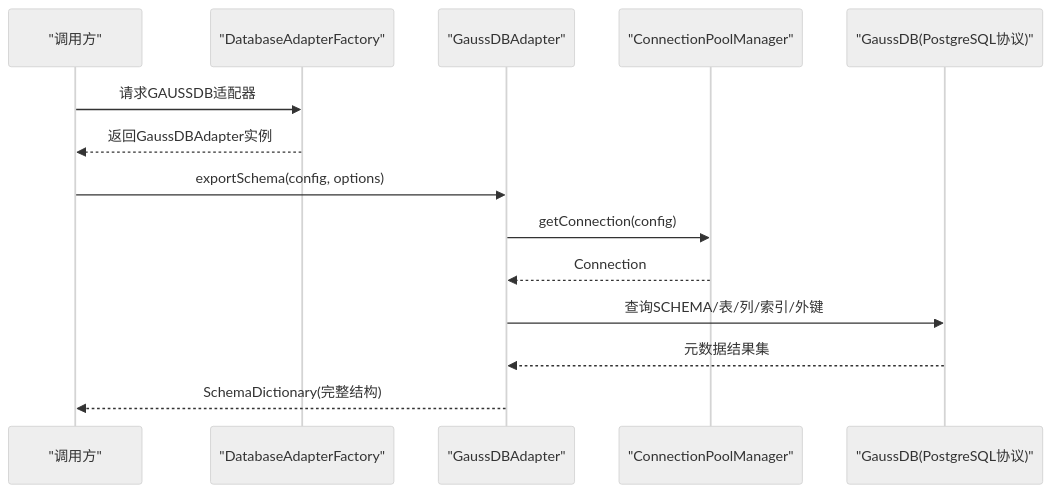
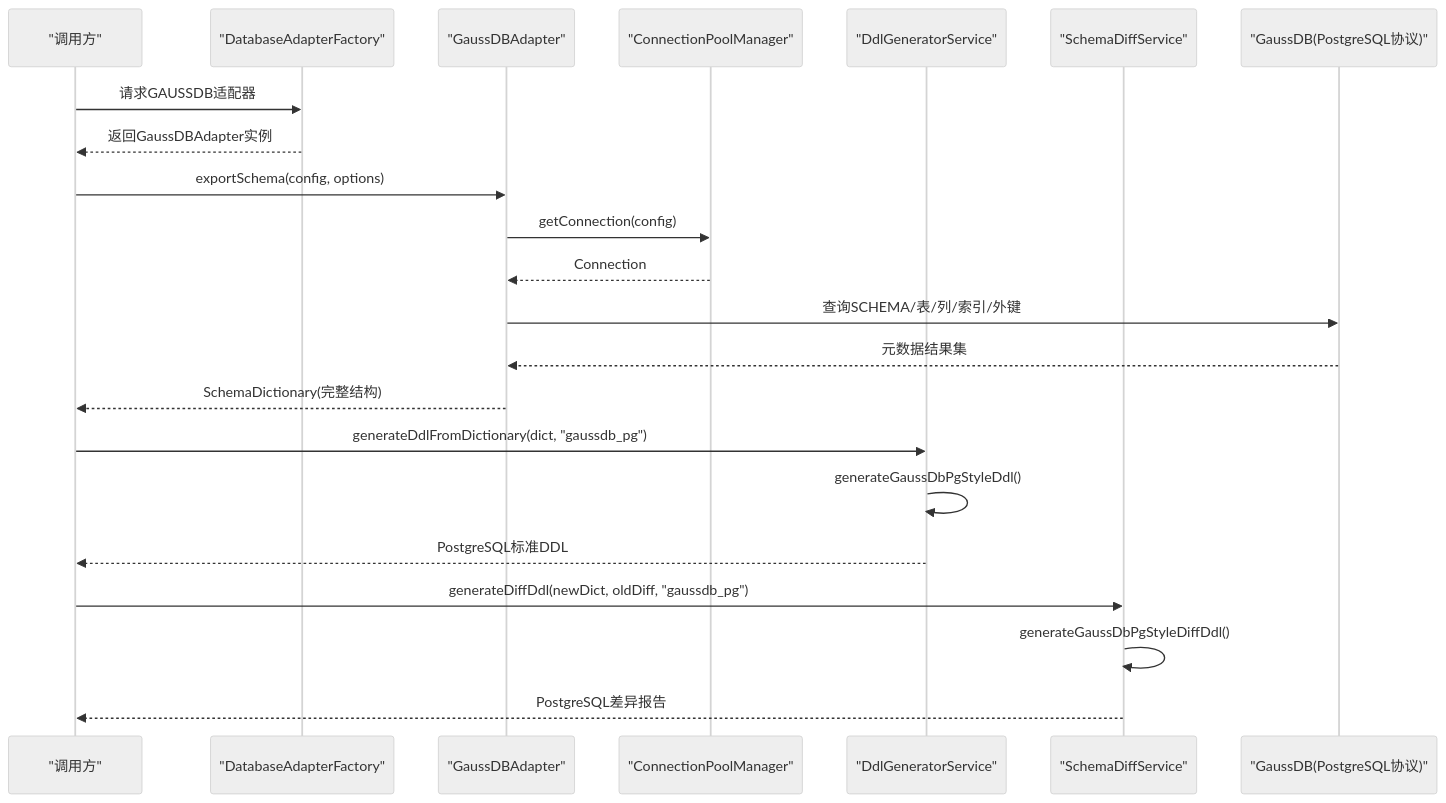
The second of 10 diagrams in .qoder/repowiki/zh/content/数据库适配器/数据库适配器实现/GaussDB适配器实现.md (SamLing-Why/SchemaSync), drawn with Mermaid (neutral theme) before and after one commit. The commit also changed other lines of this file and 32 other files, not shown here.

````diff
--- a/.qoder/repowiki/zh/content/数据库适配器/数据库适配器实现/GaussDB适配器实现.md
+++ b/.qoder/repowiki/zh/content/数据库适配器/数据库适配器实现/GaussDB适配器实现.md
@@ -120,16 +133,24 @@
 ```mermaid
 sequenceDiagram
 participant Client as "调用方"
 participant Factory as "DatabaseAdapterFactory"
 participant Adapter as "GaussDBAdapter"
 participant Pool as "ConnectionPoolManager"
+participant DDLGen as "DdlGeneratorService"
+participant DiffSvc as "SchemaDiffService"
 participant DB as "GaussDB(PostgreSQL协议)"
 Client->>Factory : 请求GAUSSDB适配器
 Factory-->>Client : 返回GaussDBAdapter实例
 Client->>Adapter : exportSchema(config, options)
 Adapter->>Pool : getConnection(config)
 Pool-->>Adapter : Connection
 Adapter->>DB : 查询SCHEMA/表/列/索引/外键
 DB-->>Adapter : 元数据结果集
 Adapter-->>Client : SchemaDictionary(完整结构)
+Client->>DDLGen : generateDdlFromDictionary(dict, "gaussdb_pg")
+DDLGen->>DDLGen : generateGaussDbPgStyleDdl()
+DDLGen-->>Client : PostgreSQL标准DDL
+Client->>DiffSvc : generateDiffDdl(newDict, oldDiff, "gaussdb_pg")
+DiffSvc->>DiffSvc : generateGaussDbPgStyleDiffDdl()
+DiffSvc-->>Client : PostgreSQL差异报告
 ```
````
